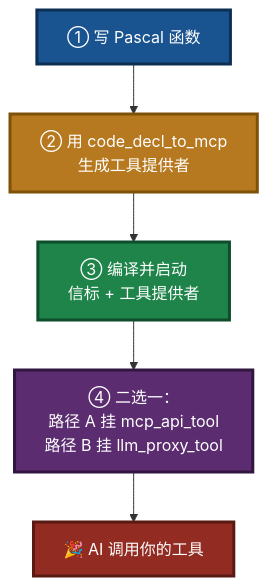
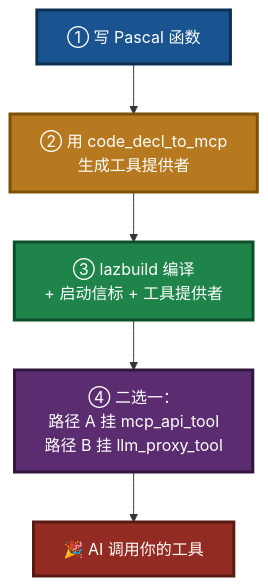
One commit to PassByYou888/LingoFuse-pasAgent changed the seventh of 9 diagrams in readme.md. Above: the diagram before and after it, drawn with Mermaid. The commit also changed other lines of this file, not shown here.

````diff
--- a/readme.md
+++ b/readme.md
@@ -206,16 +192,16 @@
 ```mermaid
 flowchart TB
     S1["① 写 Pascal 函数"]
     S2["② 用 code_decl_to_mcp<br/>生成工具提供者"]
-    S3["③ 编译并启动<br/>信标 + 工具提供者"]
+    S3["③ lazbuild 编译<br/>+ 启动信标 + 工具提供者"]
     S4["④ 二选一：<br/>路径 A 挂 mcp_api_tool<br/>路径 B 挂 llm_proxy_tool"]
     S5["🎉 AI 调用你的工具"]
 
     S1 --> S2 --> S3 --> S4 --> S5
 
     style S1 fill:#1A5490,stroke:#0D2F52,stroke-width:3px,color:#FFFFFF
     style S2 fill:#B7791F,stroke:#7E5109,stroke-width:3px,color:#FFFFFF
     style S3 fill:#1E8449,stroke:#0E4D2A,stroke-width:3px,color:#FFFFFF
     style S4 fill:#5B2C6F,stroke:#321640,stroke-width:3px,color:#FFFFFF
     style S5 fill:#922B21,stroke:#5A1A14,stroke-width:3px,color:#FFFFFF
 ```
````
